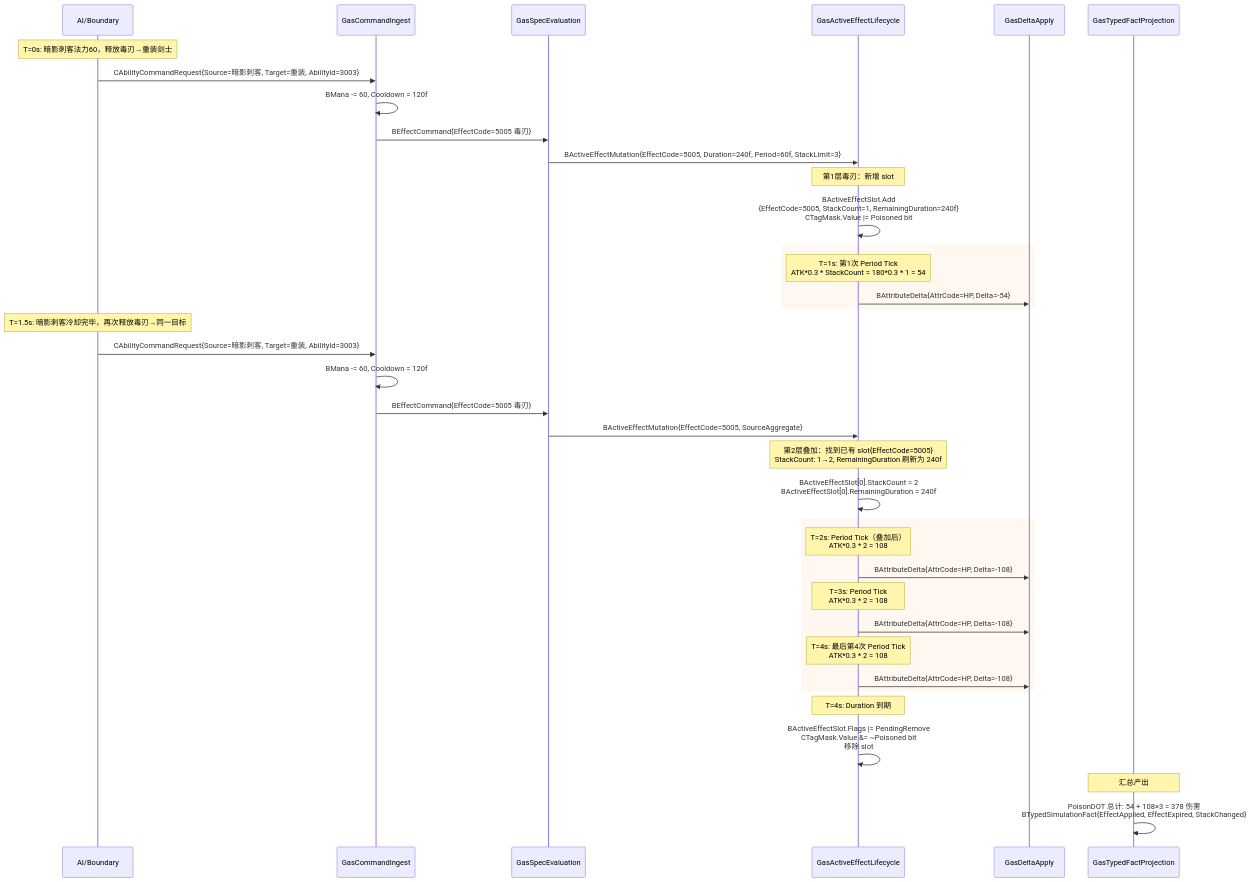
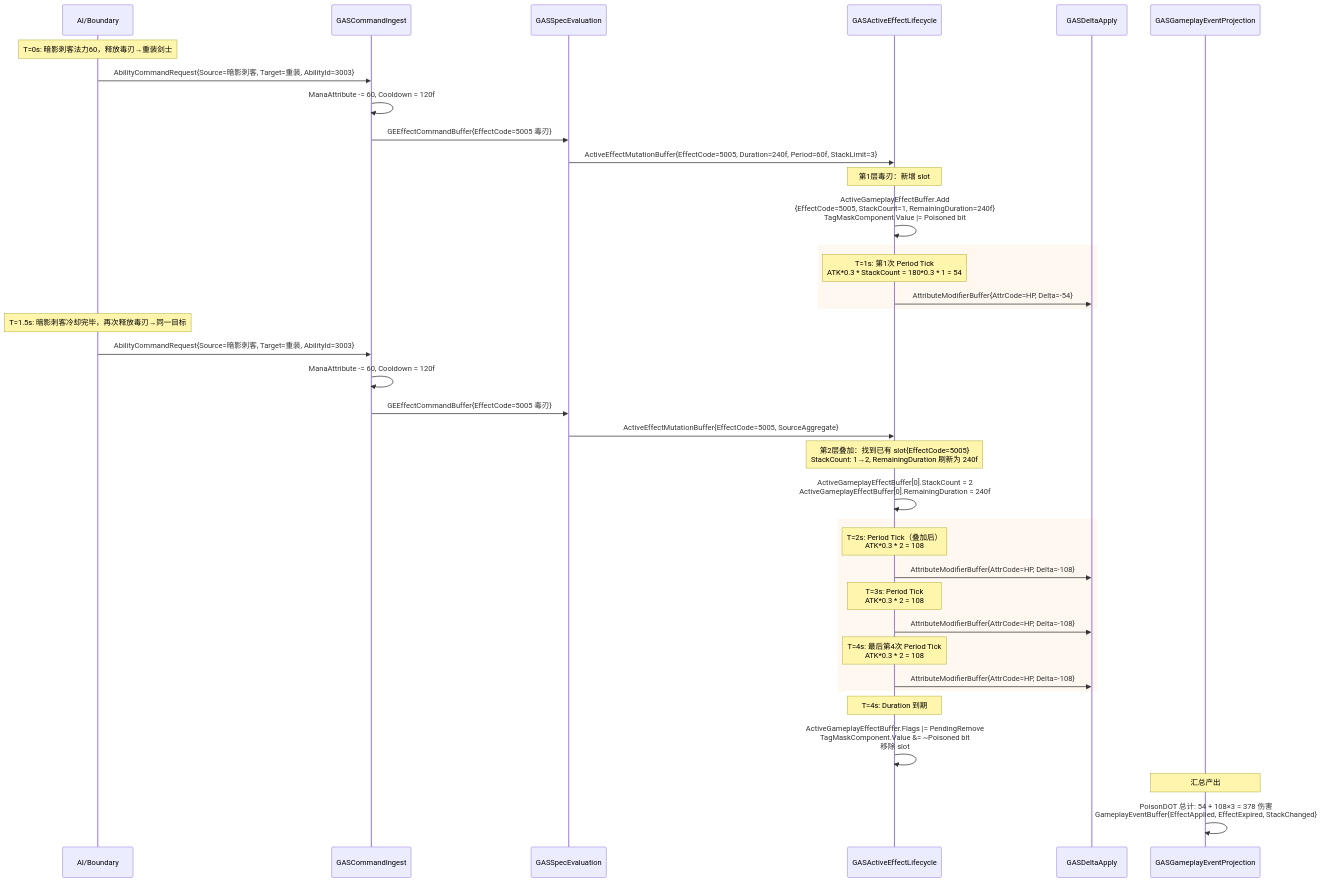
One commit to Bo-ki/gameplay-ability-system-for-unity changed the third of 4 diagrams in 方案讨论/针对2.0的ECS架构的迭代方案讨论/当前路线/01-目标态架构共识/10B-AutoChess完整业务案例设计Spec.md. Above: the diagram before and after it, drawn with Mermaid. The commit also changed other lines of this file and 15 other files, not shown here.

````diff
--- a/方案讨论/针对2.0的ECS架构的迭代方案讨论/当前路线/01-目标态架构共识/10B-AutoChess完整业务案例设计Spec.md
+++ b/方案讨论/针对2.0的ECS架构的迭代方案讨论/当前路线/01-目标态架构共识/10B-AutoChess完整业务案例设计Spec.md
@@ -1950,51 +1950,51 @@
 ```mermaid
 sequenceDiagram
     participant AI as AI/Boundary
-    participant Ingest as GasCommandIngest
-    participant Spec as GasSpecEvaluation
-    participant Lifecycle as GasActiveEffectLifecycle
-    participant Delta as GasDeltaApply
-    participant Fact as GasTypedFactProjection
+    participant Ingest as GASCommandIngest
+    participant Spec as GASSpecEvaluation
+    participant Lifecycle as GASActiveEffectLifecycle
+    participant Delta as GASDeltaApply
+    participant Fact as GASGameplayEventProjection
 
     Note over AI: T=0s: 暗影刺客法力60，释放毒刃→重装剑士
-    AI->>Ingest: CAbilityCommandRequest{Source=暗影刺客, Target=重装, AbilityId=3003}
+    AI->>Ingest: AbilityCommandRequest{Source=暗影刺客, Target=重装, AbilityId=3003}
 
-    Ingest->>Ingest: BMana -= 60, Cooldown = 120f
-    Ingest->>Spec: BEffectCommand{EffectCode=5005 毒刃}
+    Ingest->>Ingest: ManaAttribute -= 60, Cooldown = 120f
+    Ingest->>Spec: GEEffectCommandBuffer{EffectCode=5005 毒刃}
 
-    Spec->>Lifecycle: BActiveEffectMutation{EffectCode=5005, Duration=240f, Period=60f, StackLimit=3}
+    Spec->>Lifecycle: ActiveEffectMutationBuffer{EffectCode=5005, Duration=240f, Period=60f, StackLimit=3}
 
     Note over Lifecycle: 第1层毒刃：新增 slot
-    Lifecycle->>Lifecycle: BActiveEffectSlot.Add<br/>{EffectCode=5005, StackCount=1, RemainingDuration=240f}<br/>CTagMask.Value |= Poisoned bit
+    Lifecycle->>Lifecycle: ActiveGameplayEffectBuffer.Add<br/>{EffectCode=5005, StackCount=1, RemainingDuration=240f}<br/>TagMaskComponent.Value |= Poisoned bit
 
     rect rgb(255, 248, 240)
         Note over Lifecycle: T=1s: 第1次 Period Tick<br/>ATK*0.3 * StackCount = 180*0.3 * 1 = 54
-        Lifecycle->>Delta: BAttributeDelta{AttrCode=HP, Delta=-54}
+        Lifecycle->>Delta: AttributeModifierBuffer{AttrCode=HP, Delta=-54}
     end
 
     Note over AI: T=1.5s: 暗影刺客冷却完毕，再次释放毒刃→同一目标
-    AI->>Ingest: CAbilityCommandRequest{Source=暗影刺客, Target=重装, AbilityId=3003}
+    AI->>Ingest: AbilityCommandRequest{Source=暗影刺客, Target=重装, AbilityId=3003}
 
-    Ingest->>Ingest: BMana -= 60, Cooldown = 120f
-    Ingest->>Spec: BEffectCommand{EffectCode=5005 毒刃}
+    Ingest->>Ingest: ManaAttribute -= 60, Cooldown = 120f
+    Ingest->>Spec: GEEffectCommandBuffer{EffectCode=5005 毒刃}
 
-    Spec->>Lifecycle: BActiveEffectMutation{EffectCode=5005, SourceAggregate}
+    Spec->>Lifecycle: ActiveEffectMutationBuffer{EffectCode=5005, SourceAggregate}
 
     Note over Lifecycle: 第2层叠加：找到已有 slot{EffectCode=5005}<br/>StackCount: 1→2, RemainingDuration 刷新为 240f
-    Lifecycle->>Lifecycle: BActiveEffectSlot[0].StackCount = 2<br/>BActiveEffectSlot[0].RemainingDuration = 240f
+    Lifecycle->>Lifecycle: ActiveGameplayEffectBuffer[0].StackCount = 2<br/>ActiveGameplayEffectBuffer[0].RemainingDuration = 240f
 
     rect rgb(255, 248, 240)
         Note over Lifecycle: T=2s: Period Tick（叠加后）<br/>ATK*0.3 * 2 = 108
-        Lifecycle->>Delta: BAttributeDelta{AttrCode=HP, Delta=-108}
+        Lifecycle->>Delta: AttributeModifierBuffer{AttrCode=HP, Delta=-108}
         Note over Lifecycle: T=3s: Period Tick<br/>ATK*0.3 * 2 = 108
-        Lifecycle->>Delta: BAttributeDelta{AttrCode=HP, Delta=-108}
+        Lifecycle->>Delta: AttributeModifierBuffer{AttrCode=HP, Delta=-108}
         Note over Lifecycle: T=4s: 最后第4次 Period Tick<br/>ATK*0.3 * 2 = 108
-        Lifecycle->>Delta: BAttributeDelta{AttrCode=HP, Delta=-108}
+        Lifecycle->>Delta: AttributeModifierBuffer{AttrCode=HP, Delta=-108}
     end
 
     Note over Lifecycle: T=4s: Duration 到期
-    Lifecycle->>Lifecycle: BActiveEffectSlot.Flags |= PendingRemove<br/>CTagMask.Value &= ~Poisoned bit<br/>移除 slot
+    Lifecycle->>Lifecycle: ActiveGameplayEffectBuffer.Flags |= PendingRemove<br/>TagMaskComponent.Value &= ~Poisoned bit<br/>移除 slot
 
     Note over Fact: 汇总产出
-    Fact->>Fact: PoisonDOT 总计: 54 + 108×3 = 378 伤害<br/>BTypedSimulationFact{EffectApplied, EffectExpired, StackChanged}
+    Fact->>Fact: PoisonDOT 总计: 54 + 108×3 = 378 伤害<br/>GameplayEventBuffer{EffectApplied, EffectExpired, StackChanged}
 ```
````
